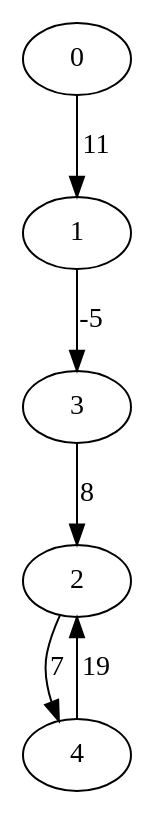
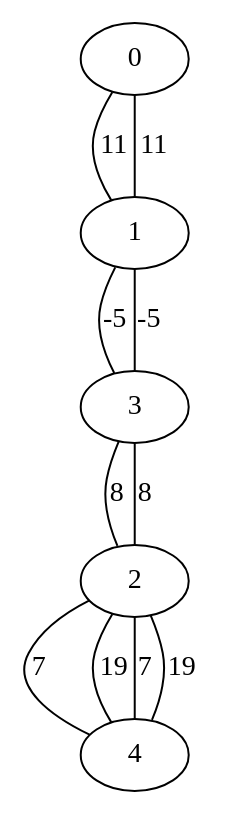
One commit to tiagoviniciuslopes/trabPAA2 changed the diagram in G.dot. Above: the diagram before and after it, drawn with Graphviz. The commit also changed 3 other files, not shown here.

```diff
--- a/G.dot
+++ b/G.dot
@@ -1,7 +1,12 @@
-digraph G {
-	0 -> 1 [label="11"];
-	1 -> 3 [label="-5"];
-	2 -> 4 [label="7"];
-	3 -> 2 [label="8"];
-	4 -> 2 [label="19"];
+graph G {
+	0 -- 1 [label="11"];
+	1 -- 0 [label="11"];
+	1 -- 3 [label="-5"];
+	2 -- 4 [label="7"];
+	2 -- 4 [label="19"];
+	2 -- 3 [label="8"];
+	3 -- 1 [label="-5"];
+	3 -- 2 [label="8"];
+	4 -- 2 [label="7"];
+	4 -- 2 [label="19"];
 }
```
